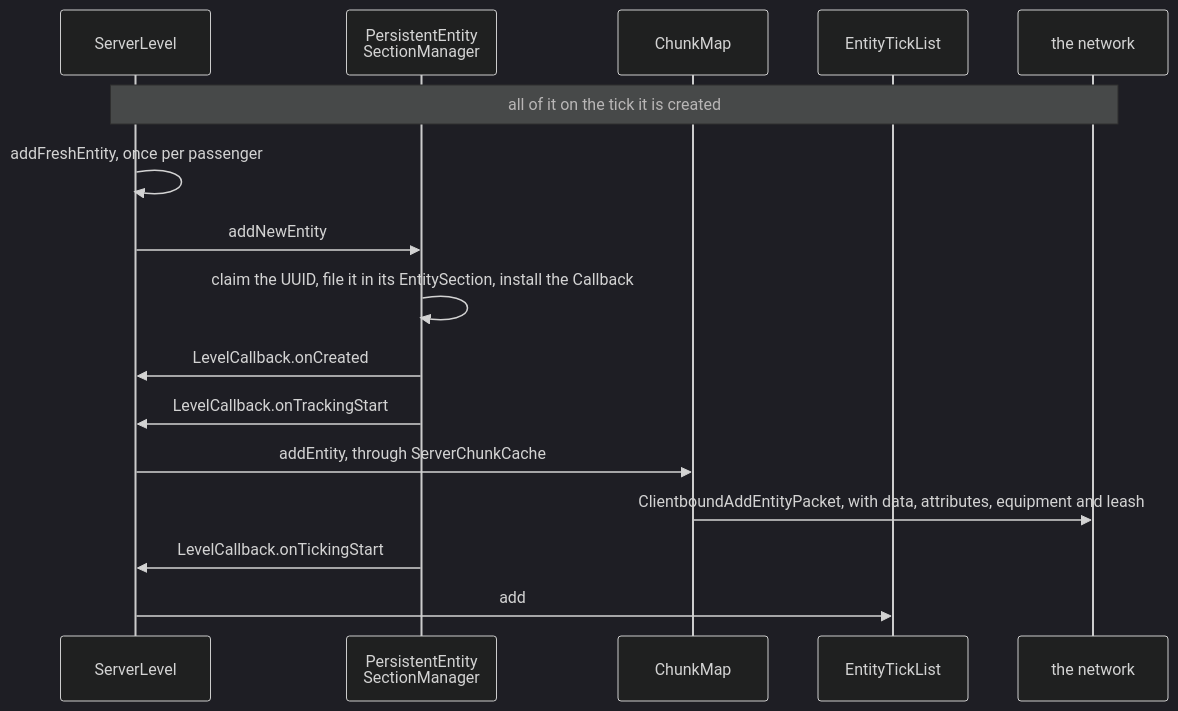
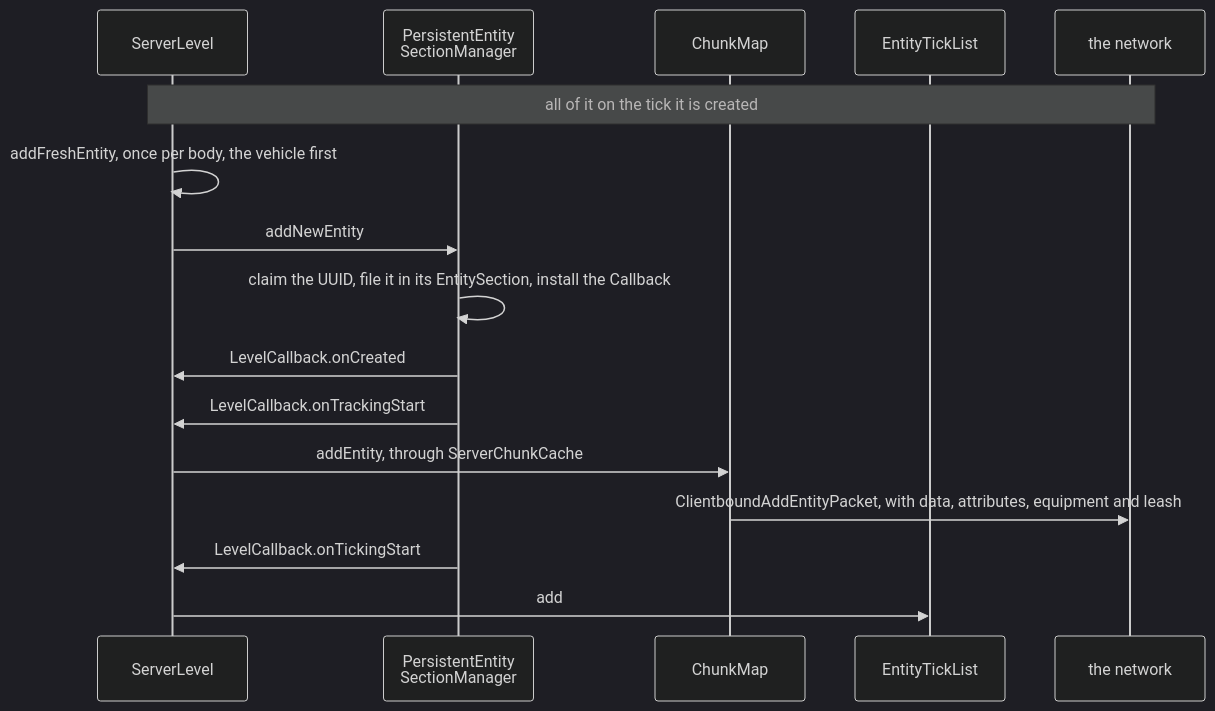
Before and after one commit to AlexanderjFraser/MinecraftDocs: the third of 4 diagrams in src/systems/entities/entity-lifecycle.md, drawn with Mermaid (dark theme). The commit also changed other lines of this file and 23 other files, not shown here.

````diff
--- a/src/systems/entities/entity-lifecycle.md
+++ b/src/systems/entities/entity-lifecycle.md
@@ -303,19 +303,19 @@
 ```mermaid
 sequenceDiagram
     participant SL as ServerLevel
     participant PESM as PersistentEntity<br/>SectionManager
     participant CM as ChunkMap
     participant ETL as EntityTickList
     participant Wire as the network
 
     Note over SL,Wire: all of it on the tick it is created
-    SL->>SL: addFreshEntity, once per passenger
+    SL->>SL: addFreshEntity, once per body, the vehicle first
     SL->>PESM: addNewEntity
     PESM->>PESM: claim the UUID, file it in its EntitySection, install the Callback
     PESM->>SL: LevelCallback.onCreated
     PESM->>SL: LevelCallback.onTrackingStart
     SL->>CM: addEntity, through ServerChunkCache
     CM->>Wire: ClientboundAddEntityPacket, with data, attributes, equipment and leash
     PESM->>SL: LevelCallback.onTickingStart
     SL->>ETL: add
 ```
````
